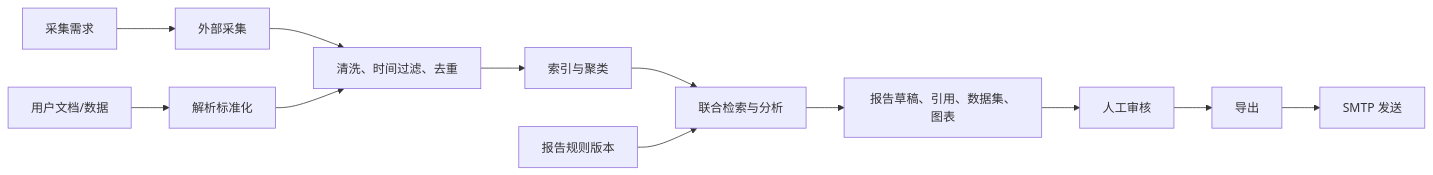
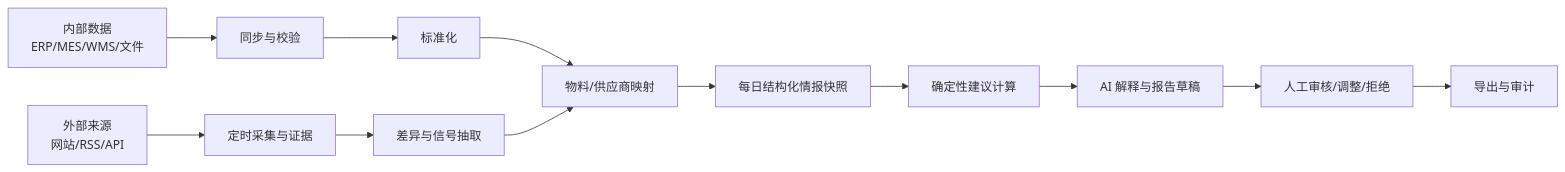
One commit to 1513057431tom-cpu/aipaqu changed the second of 2 diagrams in docs/02-system-architecture.md. Above: the diagram before and after it, drawn with Mermaid. The commit also changed other lines of this file and 15 other files, not shown here.

````diff
--- a/docs/02-system-architecture.md
+++ b/docs/02-system-architecture.md
@@ -79,14 +116,14 @@
 ```mermaid
 flowchart LR
-    BRIEF["采集需求"] --> COLLECT["外部采集"]
-    UPLOAD["用户文档/数据"] --> PARSE["解析标准化"]
-    COLLECT --> PREP["清洗、时间过滤、去重"]
-    PARSE --> PREP
-    PREP --> INDEX["索引与聚类"]
-    INDEX --> ANALYZE["联合检索与分析"]
-    TEMPLATE["报告规则版本"] --> ANALYZE
-    ANALYZE --> DRAFT["报告草稿、引用、数据集、图表"]
-    DRAFT --> HUMAN["人工审核"]
-    HUMAN --> EXPORT["导出"]
-    EXPORT --> SMTP["SMTP 发送"]
+    ERP["内部数据\nERP/MES/WMS/文件"] --> SYNC["同步与校验"]
+    WEB["外部来源\n网站/RSS/API"] --> FETCH["定时采集与证据"]
+    SYNC --> NORMALIZE["标准化"]
+    FETCH --> SIGNAL["差异与信号抽取"]
+    NORMALIZE --> RESOLVE["物料/供应商映射"]
+    SIGNAL --> RESOLVE
+    RESOLVE --> SNAPSHOT["每日结构化情报快照"]
+    SNAPSHOT --> RULES["确定性建议计算"]
+    RULES --> EXPLAIN["AI 解释与报告草稿"]
+    EXPLAIN --> HUMAN["人工审核/调整/拒绝"]
+    HUMAN --> EXPORT["导出与审计"]
 ```
````
